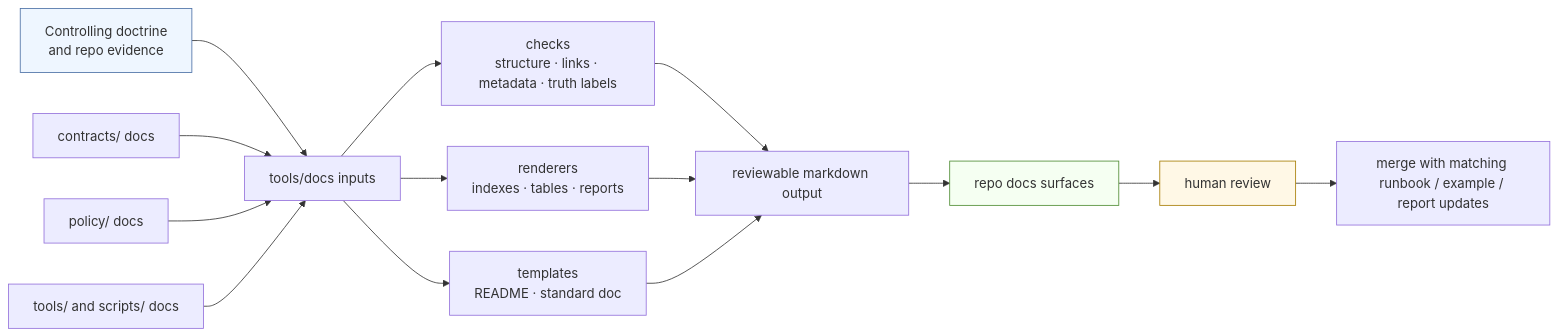
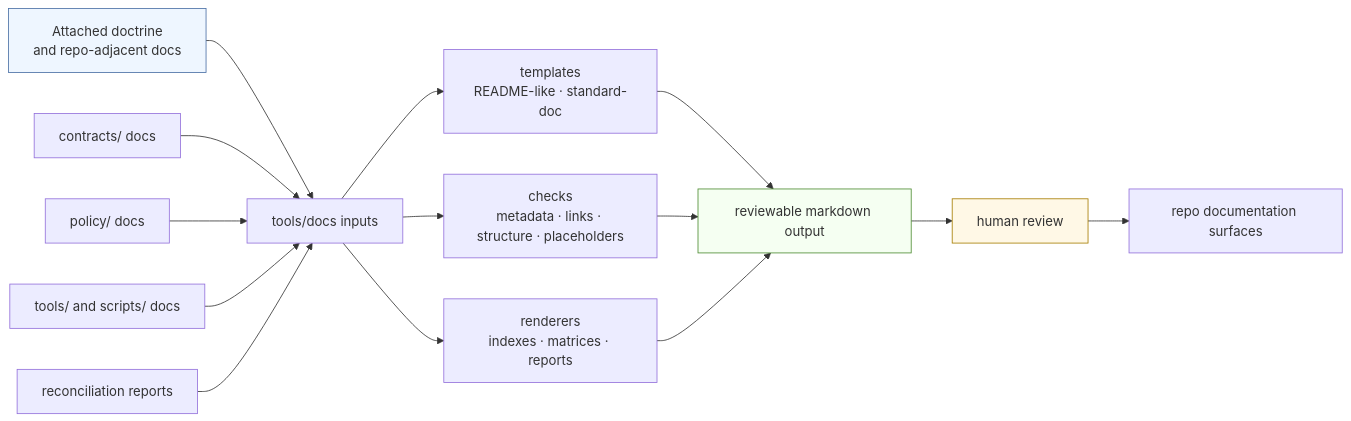
Before and after one commit to bartytime4life/Kansas-Frontier-Matrix: the diagram in tools/docs/README.md, drawn with Mermaid. The commit also changed other lines of this file, not shown here.

````diff
--- a/tools/docs/README.md
+++ b/tools/docs/README.md
@@ -260,23 +263,23 @@
 ```mermaid
 flowchart LR
-    A[Controlling doctrine<br/>and repo evidence] --> B[tools/docs inputs]
+    A[Attached doctrine<br/>and repo-adjacent docs] --> B[tools/docs inputs]
     C[contracts/ docs] --> B
     D[policy/ docs] --> B
     E[tools/ and scripts/ docs] --> B
+    F[reconciliation reports] --> B
 
-    B --> F[checks<br/>structure · links · metadata · truth labels]
-    B --> G[renderers<br/>indexes · tables · reports]
-    B --> H[templates<br/>README · standard doc]
+    B --> G[templates<br/>README-like · standard-doc]
+    B --> H[checks<br/>metadata · links · structure · placeholders]
+    B --> I[renderers<br/>indexes · matrices · reports]
 
-    F --> I[reviewable markdown output]
-    G --> I
-    H --> I
+    G --> J[reviewable markdown output]
+    H --> J
+    I --> J
 
-    I --> J[repo docs surfaces]
     J --> K[human review]
-    K --> L[merge with matching runbook / example / report updates]
+    K --> L[repo documentation surfaces]
 
     style A fill:#eef6ff,stroke:#4a6fa5
     style J fill:#f5fff2,stroke:#4d8b31
     style K fill:#fff8e6,stroke:#a67c00
 ```
````
